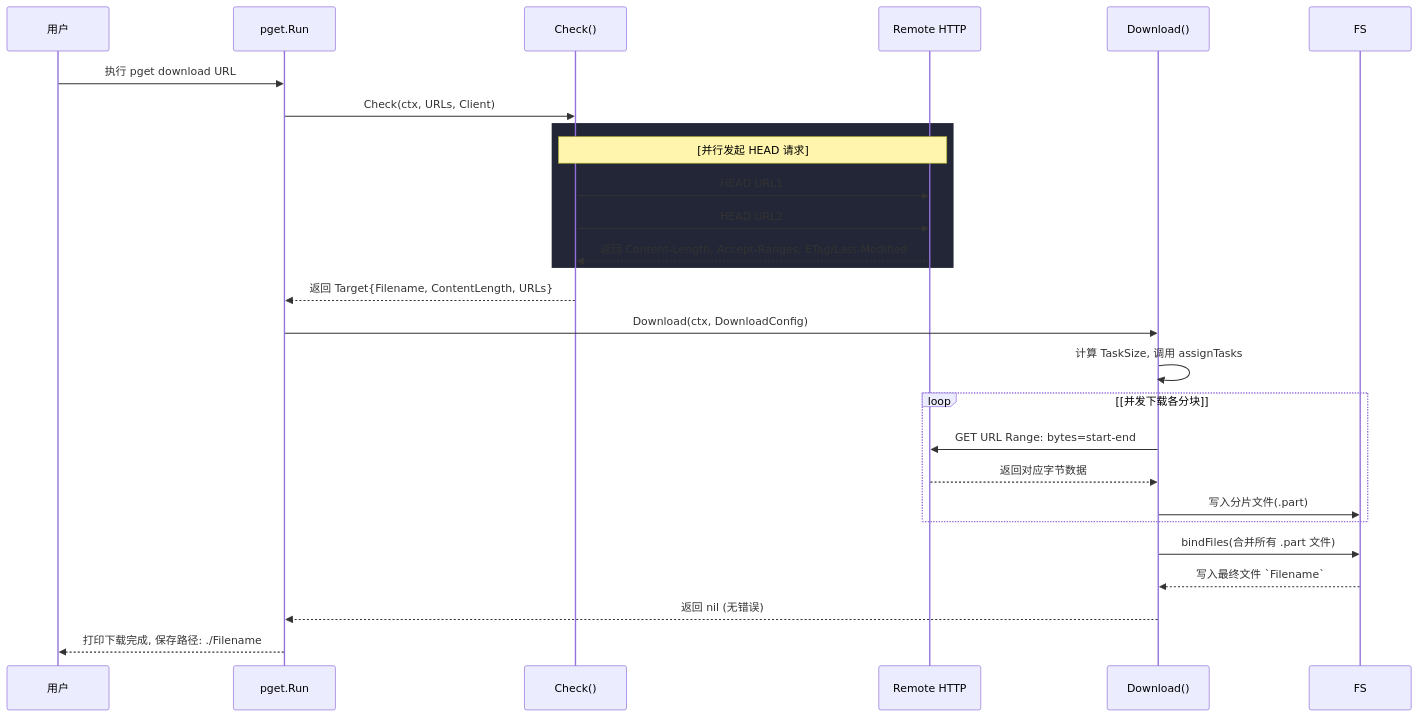
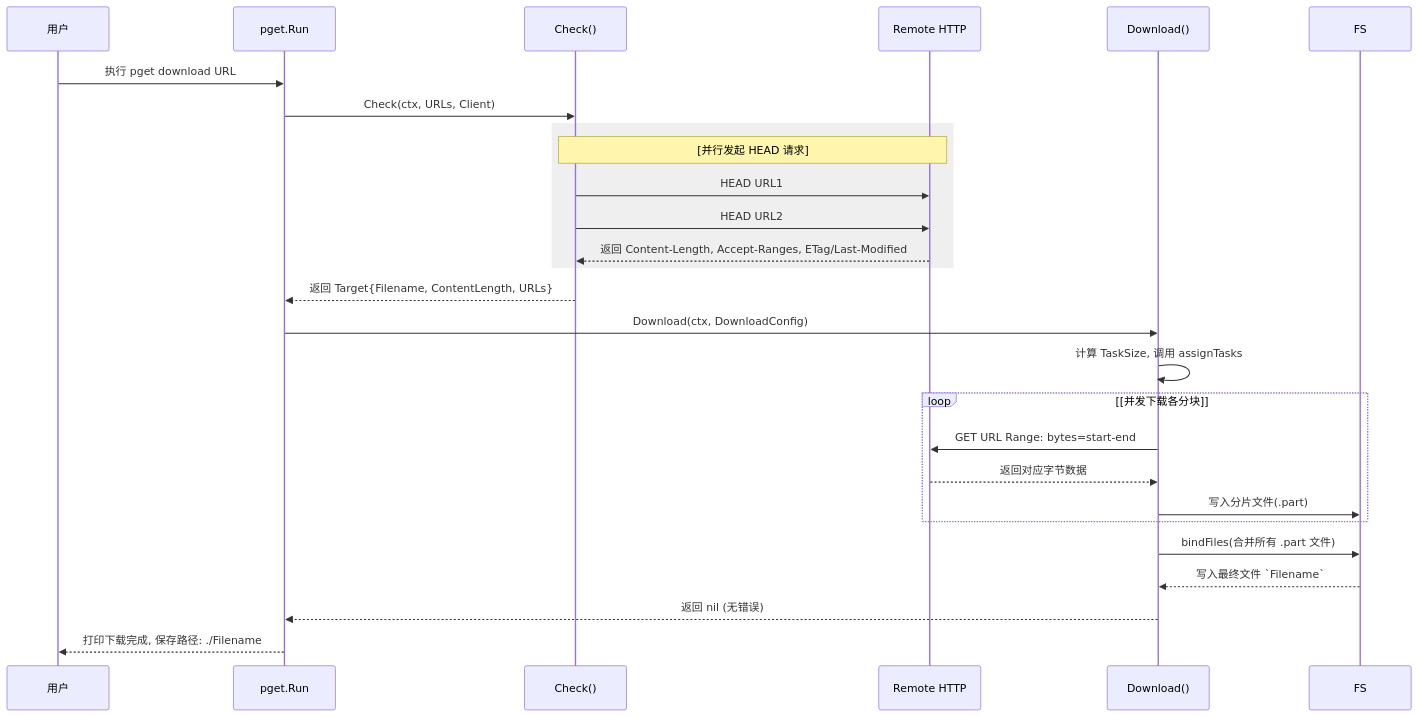
One commit to howard12358/expression changed the diagram in posts/2025/pget.md. Above: the diagram before and after it, drawn with Mermaid. The commit also changed 4 other files, not shown here.

Commit message:
fix(mermaid): 修复主题配色冲突并改为可移植语法

````diff
--- a/posts/2025/pget.md
+++ b/posts/2025/pget.md
@@ -54,34 +54,34 @@
 ```mermaid
 sequenceDiagram
     participant U as 用户
     participant P as pget.Run
     participant C as Check()
     participant R as Remote HTTP
     participant D as Download()
     participant F as FS
 
     U->>P: 执行 pget download URL
     P->>C: Check(ctx, URLs, Client)
 
-    rect rgb(35, 38, 54)
+    rect rgba(127, 127, 127, 0.12)
         Note over C,R: [并行发起 HEAD 请求]
         C->>R: HEAD URL1
         C->>R: HEAD URL2
         R-->>C: 返回 Content-Length, Accept-Ranges, ETag/Last-Modified
     end
 
     C-->>P: 返回 Target{Filename, ContentLength, URLs}
     P->>D: Download(ctx, DownloadConfig)
     D->>D: 计算 TaskSize, 调用 assignTasks
 
     loop [并发下载各分块]
         D->>R: GET URL Range: bytes=start-end
         R-->>D: 返回对应字节数据
         D->>F: 写入分片文件(.part)
     end
 
     D->>F: bindFiles(合并所有 .part 文件)
     F-->>D: 写入最终文件 `Filename`
     D-->>P: 返回 nil (无错误)
     P-->>U: 打印下载完成, 保存路径: ./Filename
 ```
````
